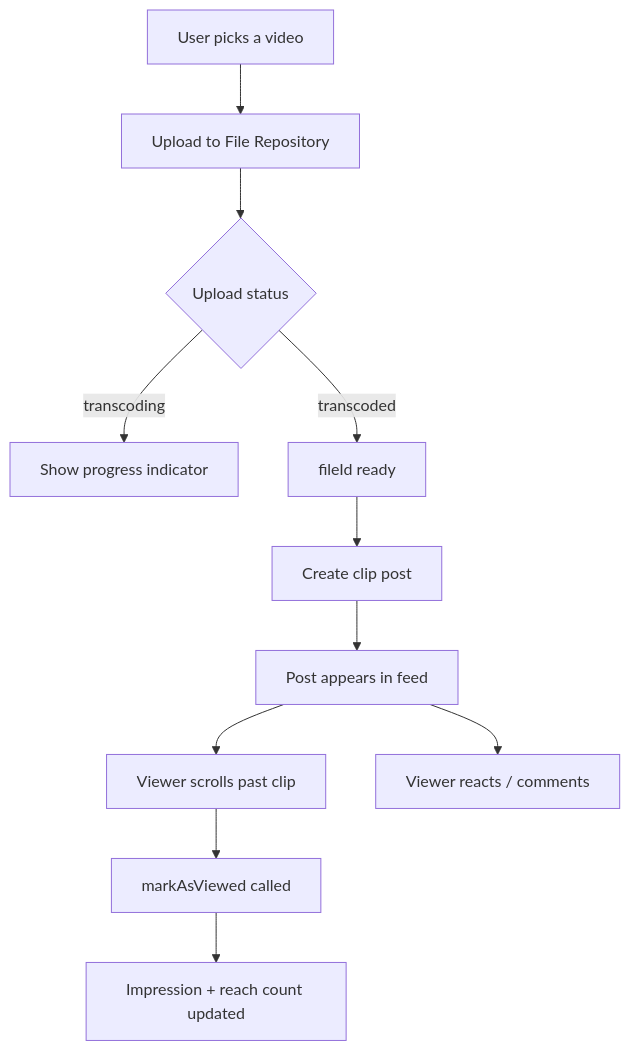
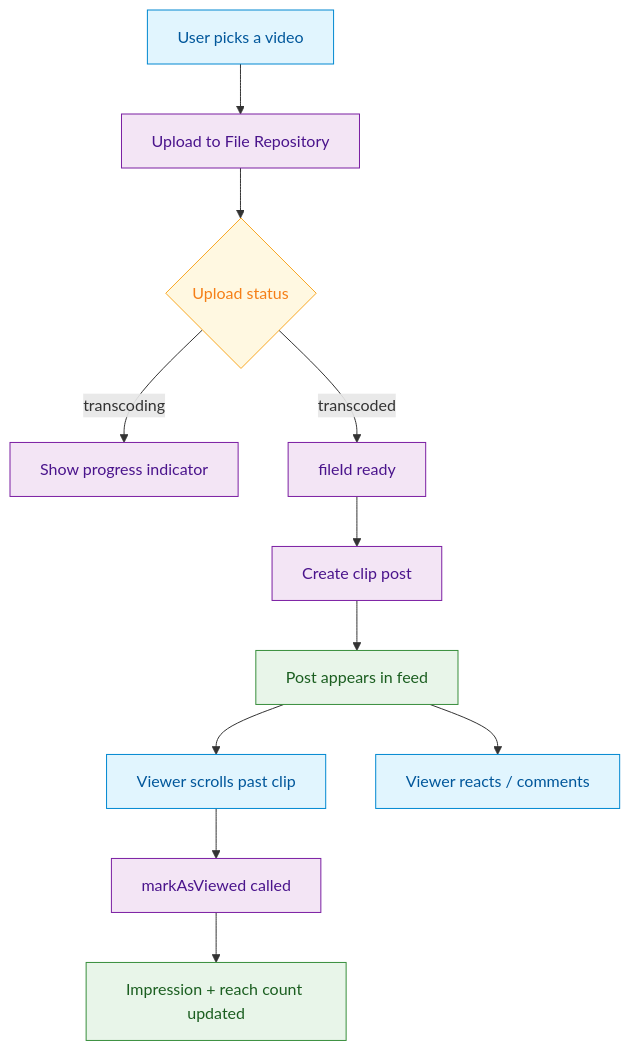
The diagram in use-cases/social/short-form-video-clips.mdx (AmityCo/social-plus-docs), drawn with Mermaid before and after one commit. The commit also changed other lines of this file and 26 other files, not shown here.

````diff
--- a/use-cases/social/short-form-video-clips.mdx
+++ b/use-cases/social/short-form-video-clips.mdx
@@ -33,13 +31,23 @@
 ```mermaid
 graph TD
     A[User picks a video] --> B[Upload to File Repository]
     B --> C{Upload status}
     C -->|transcoding| D[Show progress indicator]
     C -->|transcoded| E[fileId ready]
     E --> F[Create clip post]
     F --> G[Post appears in feed]
     G --> H[Viewer scrolls past clip]
     H --> I[markAsViewed called]
     I --> J[Impression + reach count updated]
     G --> K[Viewer reacts / comments]
+
+    classDef action fill:#e1f5fe,stroke:#0288d1,color:#01579b
+    classDef decision fill:#fff8e1,stroke:#f9a825,color:#f57f17
+    classDef process fill:#f3e5f5,stroke:#7b1fa2,color:#4a148c
+    classDef outcome fill:#e8f5e9,stroke:#388e3c,color:#1b5e20
+
+    class A,H,K action
+    class C decision
+    class B,D,E,F,I process
+    class G,J outcome
 ```
````
